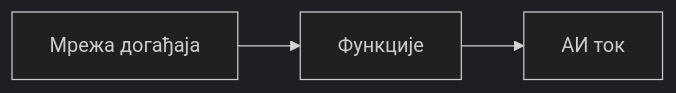
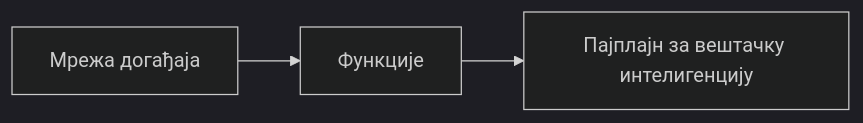
Before and after one commit to microsoft/AZD-for-beginners: the second of 2 diagrams in translations/sr/docs/chapter-08-production/README.md, drawn with Mermaid (dark theme). The commit also changed other lines of this file and 104 other files, not shown here.

````diff
--- a/translations/sr/docs/chapter-08-production/README.md
+++ b/translations/sr/docs/chapter-08-production/README.md
@@ -56,4 +57,4 @@
 ```mermaid
 graph LR
-    EventGrid[Мрежа догађаја] --> Functions[Функције] --> Pipeline[АИ ток]
+    EventGrid[Мрежа догађаја] --> Functions[Функције] --> Pipeline[Пајплајн за вештачку интелигенцију]
 ```
````
